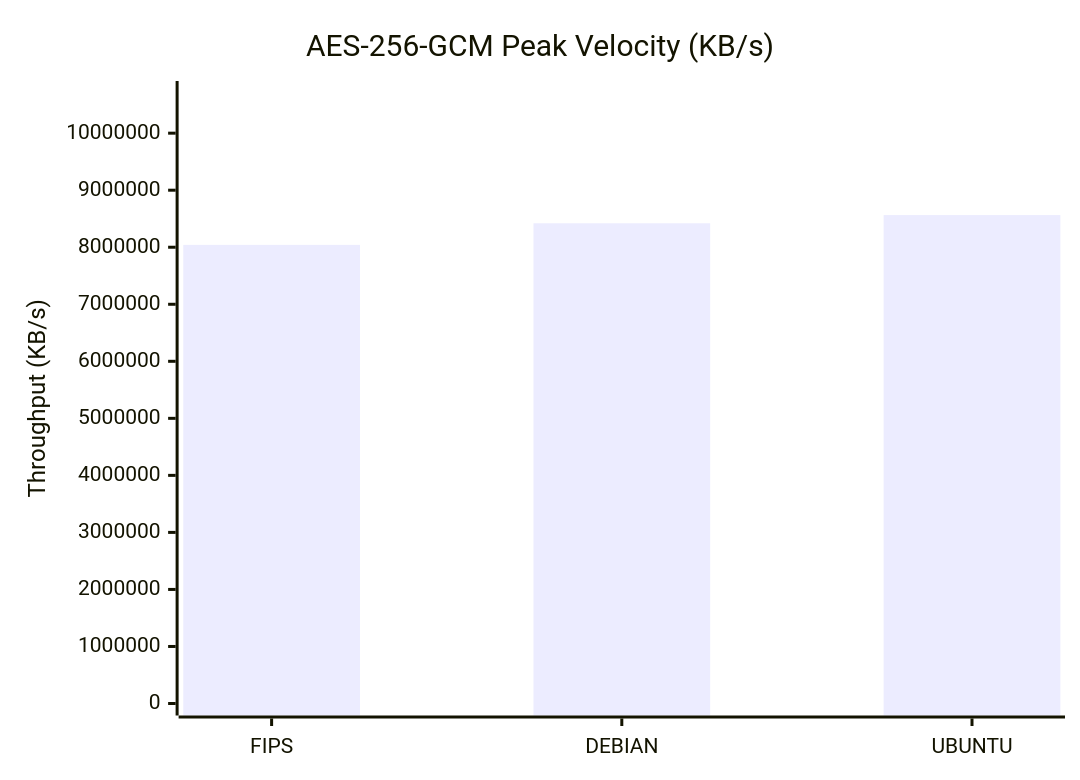
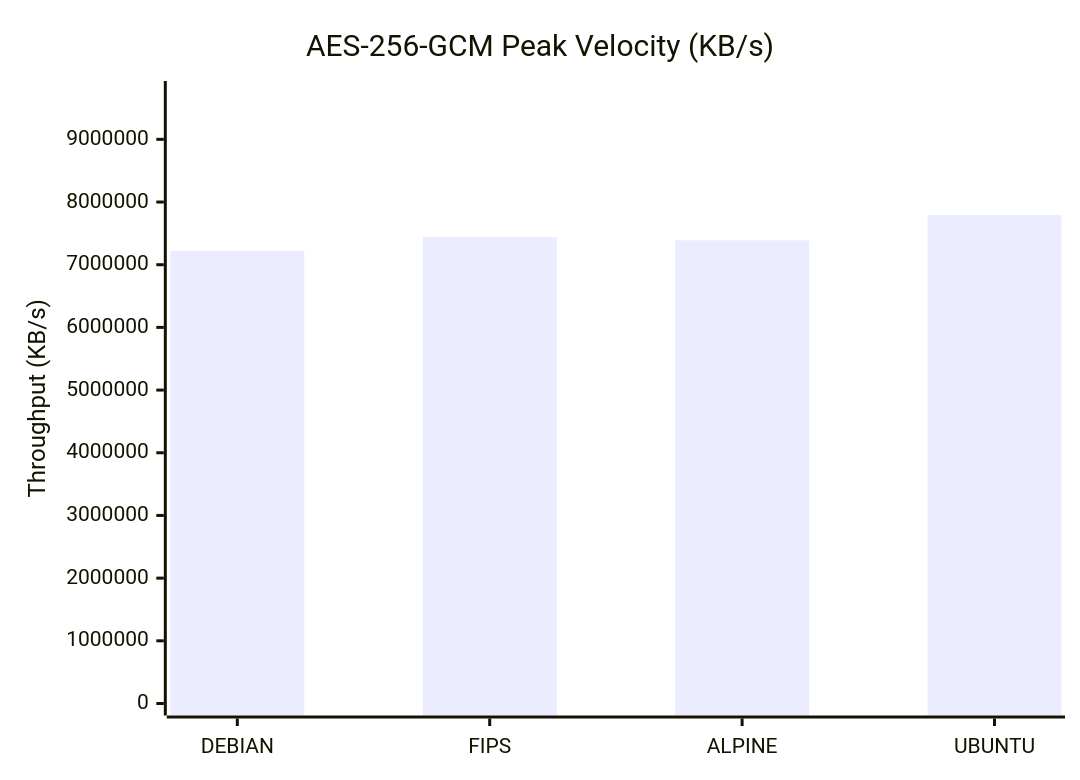
One commit to taha2samy/openssl_fips changed the first of 9 diagrams in docs/Comparison_Report.md. Above: the diagram before and after it, drawn with Mermaid. The commit also changed other lines of this file and 2 other files, not shown here.

````diff
--- a/docs/Comparison_Report.md
+++ b/docs/Comparison_Report.md
@@ -70,7 +56,7 @@
 ```mermaid
 xychart-beta
     title "AES-256-GCM Peak Velocity (KB/s)"
-    x-axis [FIPS, DEBIAN, UBUNTU]
-    y-axis "Throughput (KB/s)" 0 --> 10704354
-    bar [8041111.38, 8419711.96, 8563483.87]
+    x-axis [DEBIAN, FIPS, ALPINE, UBUNTU]
+    y-axis "Throughput (KB/s)" 0 --> 9739284
+    bar [7220674.56, 7442366.46, 7389978.62, 7791427.58]
 ```
````
